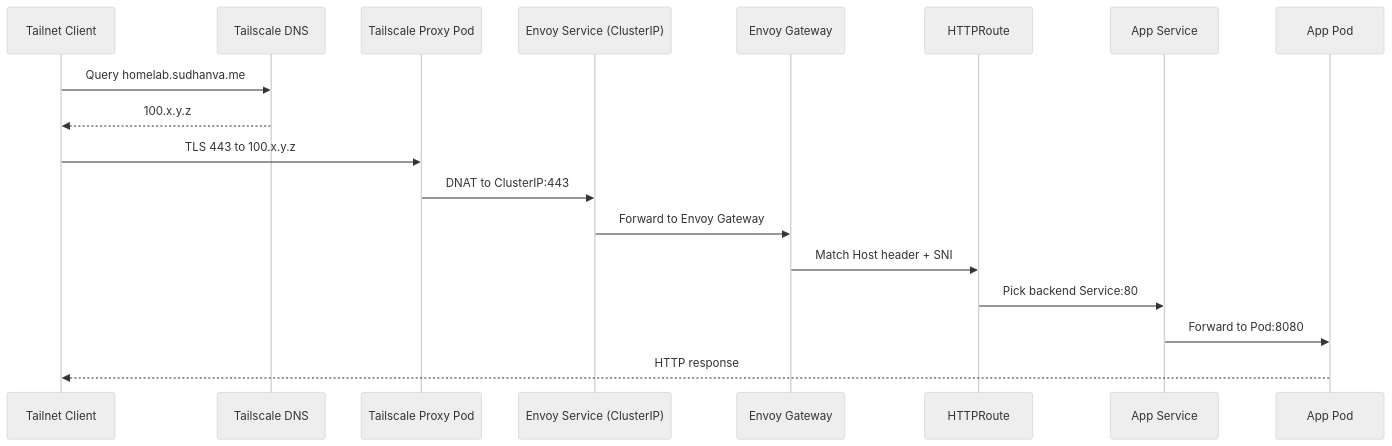
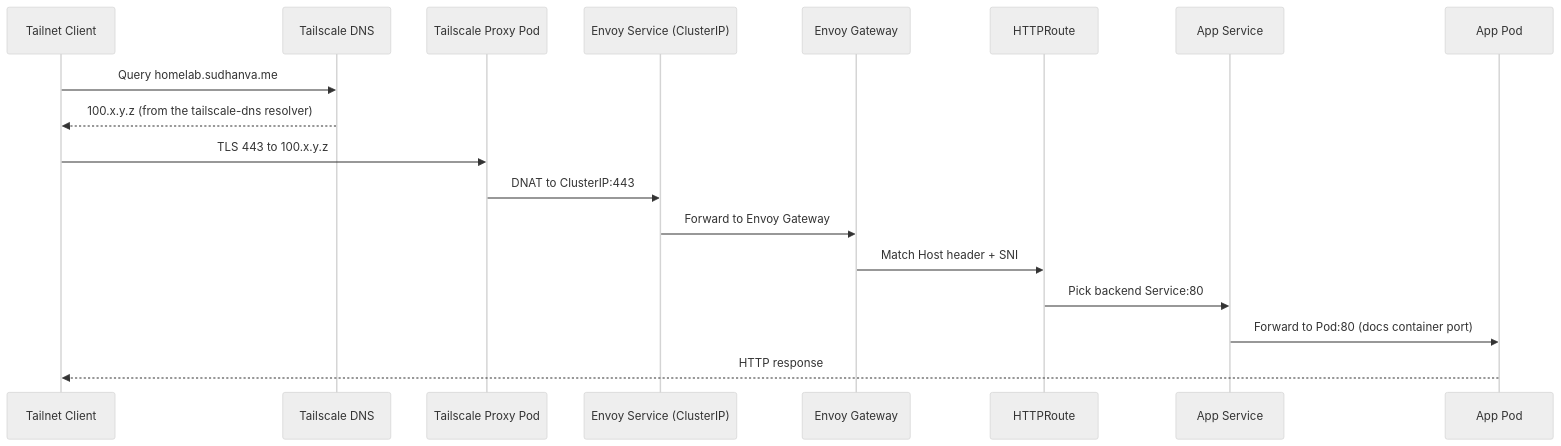
Before and after one commit to nsudhanva/homelab: the second of 4 diagrams in docs/src/content/docs/explanation/gateway-networking.md, drawn with Mermaid (neutral theme). The commit also changed other lines of this file and 46 other files, not shown here.

````diff
--- a/docs/src/content/docs/explanation/gateway-networking.md
+++ b/docs/src/content/docs/explanation/gateway-networking.md
@@ -53,21 +59,21 @@
 ```mermaid
 sequenceDiagram
     participant Client as Tailnet Client
     participant TSdns as Tailscale DNS
     participant TS as Tailscale Proxy Pod
     participant Svc as Envoy Service (ClusterIP)
     participant Envoy as Envoy Gateway
     participant Route as HTTPRoute
     participant AppSvc as App Service
     participant Pod as App Pod
 
     Client->>TSdns: Query homelab.sudhanva.me
-    TSdns-->>Client: 100.x.y.z
+    TSdns-->>Client: 100.x.y.z (from the tailscale-dns resolver)
     Client->>TS: TLS 443 to 100.x.y.z
     TS->>Svc: DNAT to ClusterIP:443
     Svc->>Envoy: Forward to Envoy Gateway
     Envoy->>Route: Match Host header + SNI
     Route->>AppSvc: Pick backend Service:80
-    AppSvc->>Pod: Forward to Pod:8080
+    AppSvc->>Pod: Forward to Pod:80 (docs container port)
     Pod-->>Client: HTTP response
 ```
````
